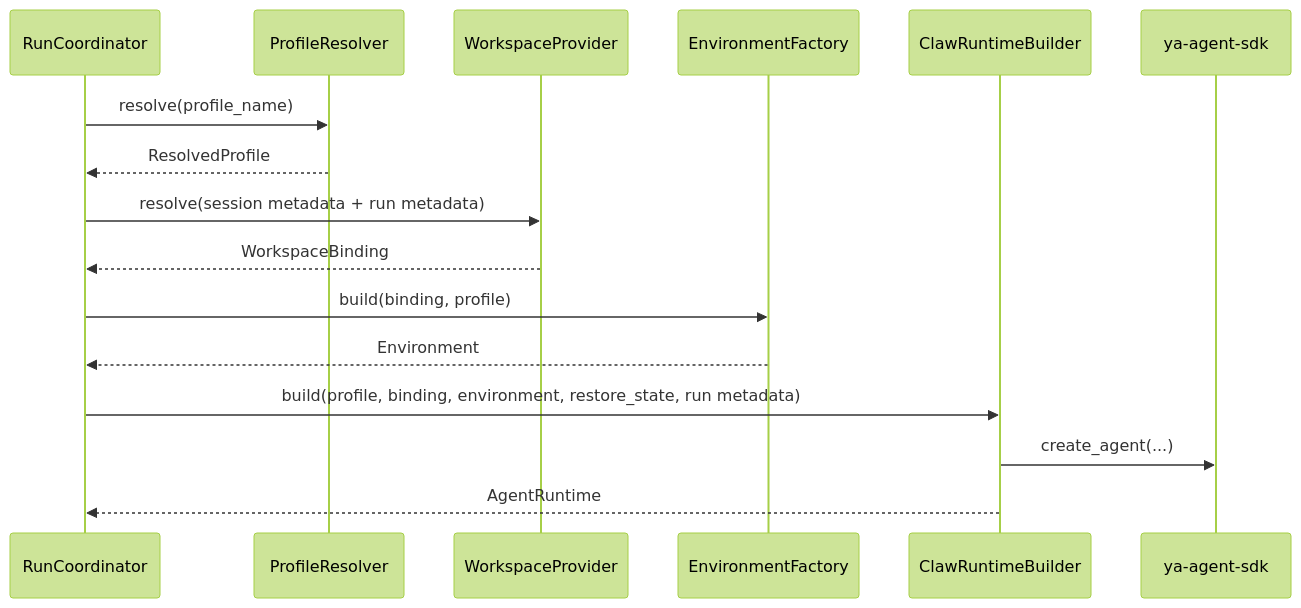
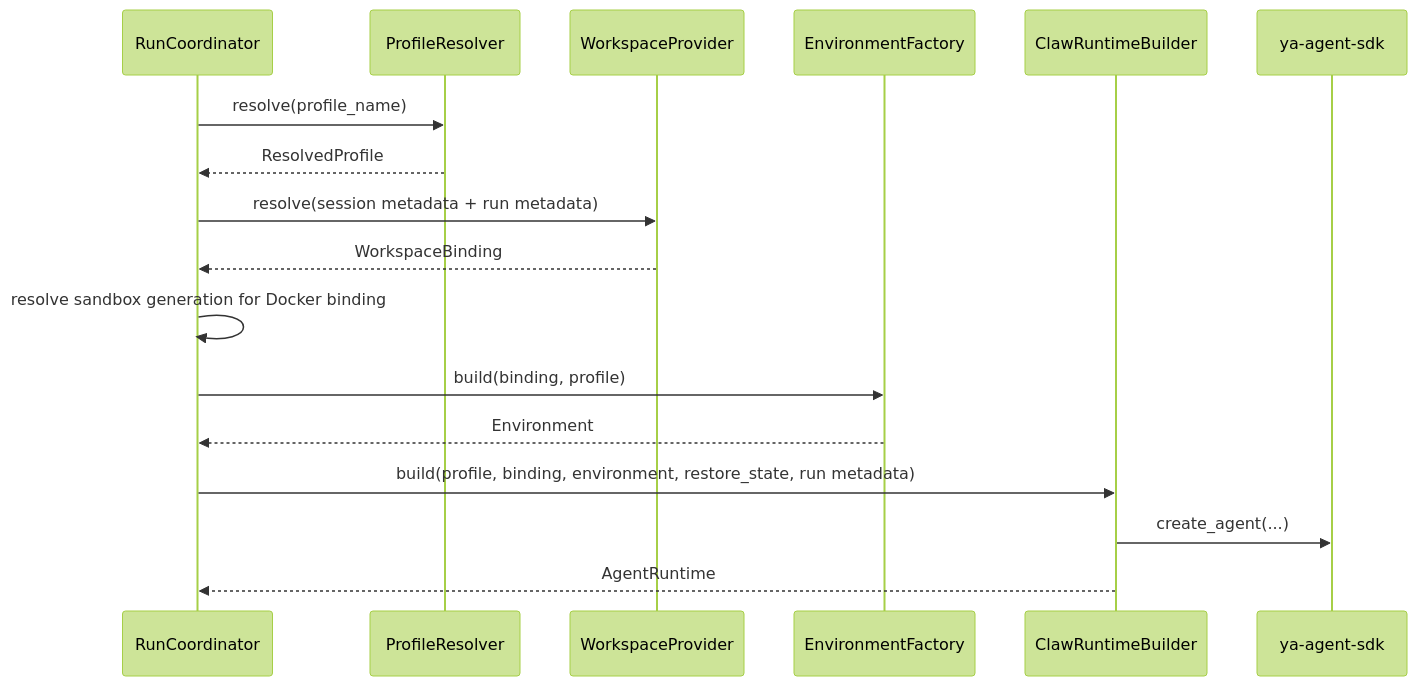
One commit to Alexsu26/ya-mono changed the diagram in packages/ya-claw/spec/06-runtime-assembly.md. Above: the diagram before and after it, drawn with Mermaid (forest theme). The commit also changed other lines of this file and 33 other files, not shown here.

````diff
--- a/packages/ya-claw/spec/06-runtime-assembly.md
+++ b/packages/ya-claw/spec/06-runtime-assembly.md
@@ -103,19 +107,20 @@
 ```mermaid
 sequenceDiagram
     participant COORD as RunCoordinator
     participant PROF as ProfileResolver
     participant WP as WorkspaceProvider
     participant EF as EnvironmentFactory
     participant RB as ClawRuntimeBuilder
     participant SDK as ya-agent-sdk
 
     COORD->>PROF: resolve(profile_name)
     PROF-->>COORD: ResolvedProfile
     COORD->>WP: resolve(session metadata + run metadata)
     WP-->>COORD: WorkspaceBinding
+    COORD->>COORD: resolve sandbox generation for Docker binding
     COORD->>EF: build(binding, profile)
     EF-->>COORD: Environment
     COORD->>RB: build(profile, binding, environment, restore_state, run metadata)
     RB->>SDK: create_agent(...)
     RB-->>COORD: AgentRuntime
 ```
````
